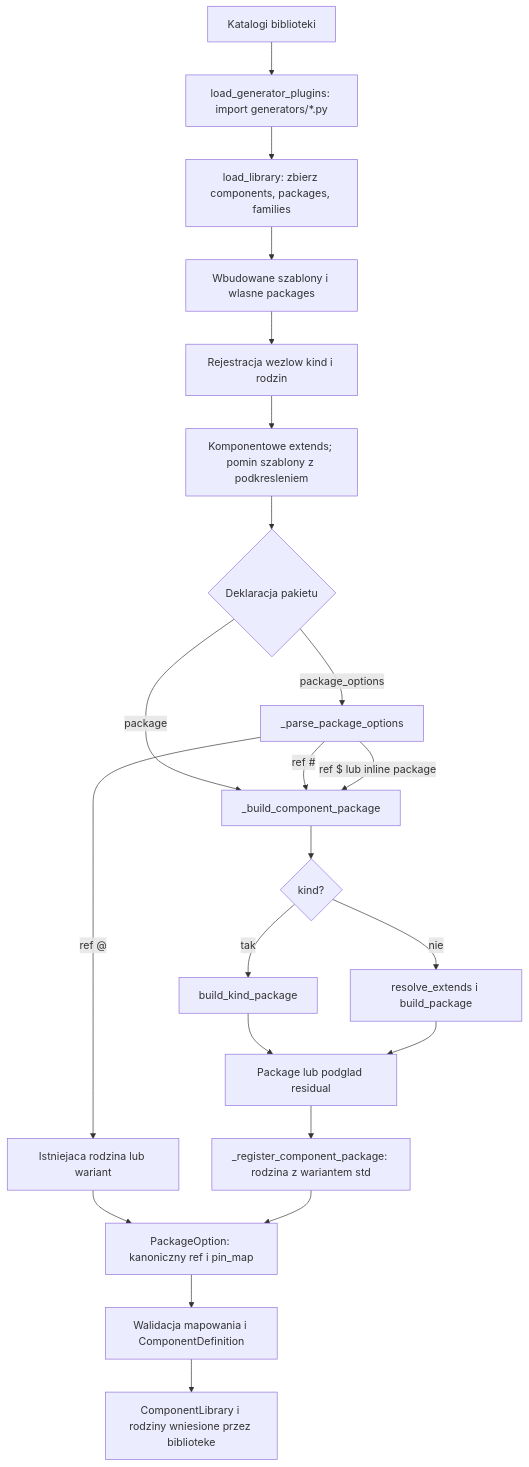
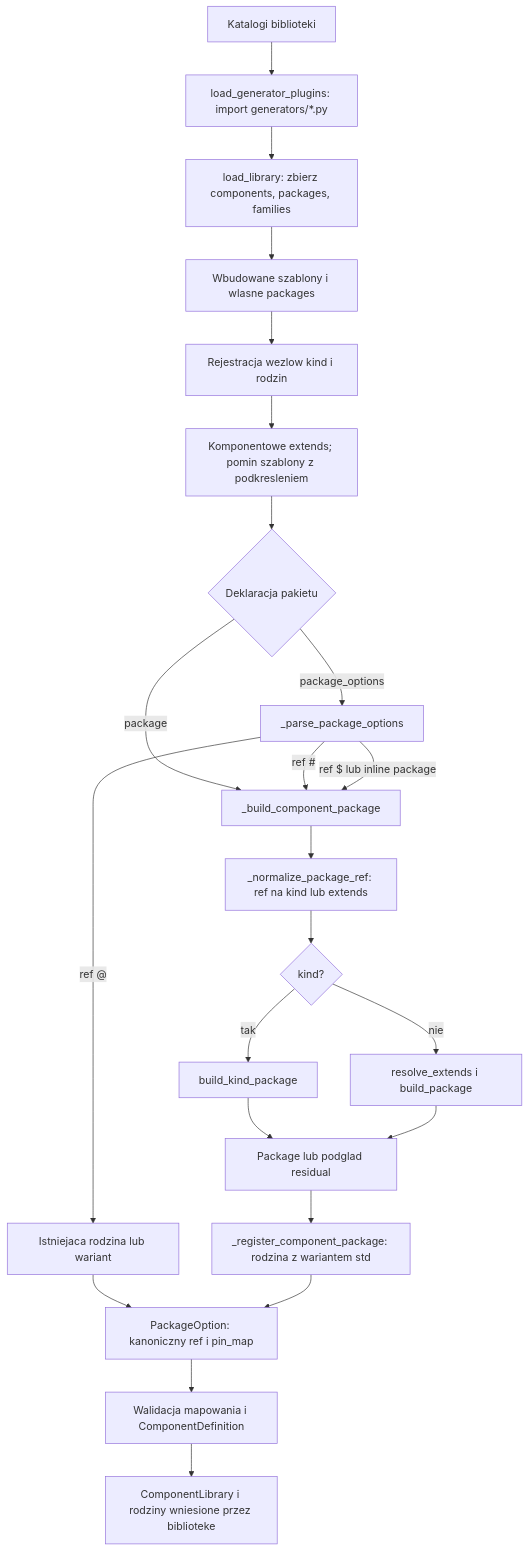
One commit to adam-szaj/protoboard changed the fourth of 6 diagrams in docs/components-and-packages.md. Above: the diagram before and after it, drawn with Mermaid. The commit also changed other lines of this file and 18 other files, not shown here.

````diff
--- a/docs/components-and-packages.md
+++ b/docs/components-and-packages.md
@@ -995,24 +1024,25 @@
 ```mermaid
 flowchart TD
     A[Katalogi biblioteki] --> B[load_generator_plugins: import generators/*.py]
     B --> C[load_library: zbierz components, packages, families]
     C --> D[Wbudowane szablony i wlasne packages]
     D --> E[Rejestracja wezlow kind i rodzin]
     E --> F[Komponentowe extends; pomin szablony z podkresleniem]
     F --> H{Deklaracja pakietu}
     H -->|package| I[_build_component_package]
     H -->|package_options| J[_parse_package_options]
     J -->|ref @| K[Istniejaca rodzina lub wariant]
     J -->|ref #| I
     J -->|ref $ lub inline package| I
-    I --> L{kind?}
+    I --> Z[_normalize_package_ref: ref na kind lub extends]
+    Z --> L{kind?}
     L -->|tak| M[build_kind_package]
     L -->|nie| N[resolve_extends i build_package]
     M --> O[Package lub podglad residual]
     N --> O
     O --> P[_register_component_package: rodzina z wariantem std]
     K --> Q[PackageOption: kanoniczny ref i pin_map]
     P --> Q
     Q --> R[Walidacja mapowania i ComponentDefinition]
     R --> S[ComponentLibrary i rodziny wniesione przez biblioteke]
 ```
````
